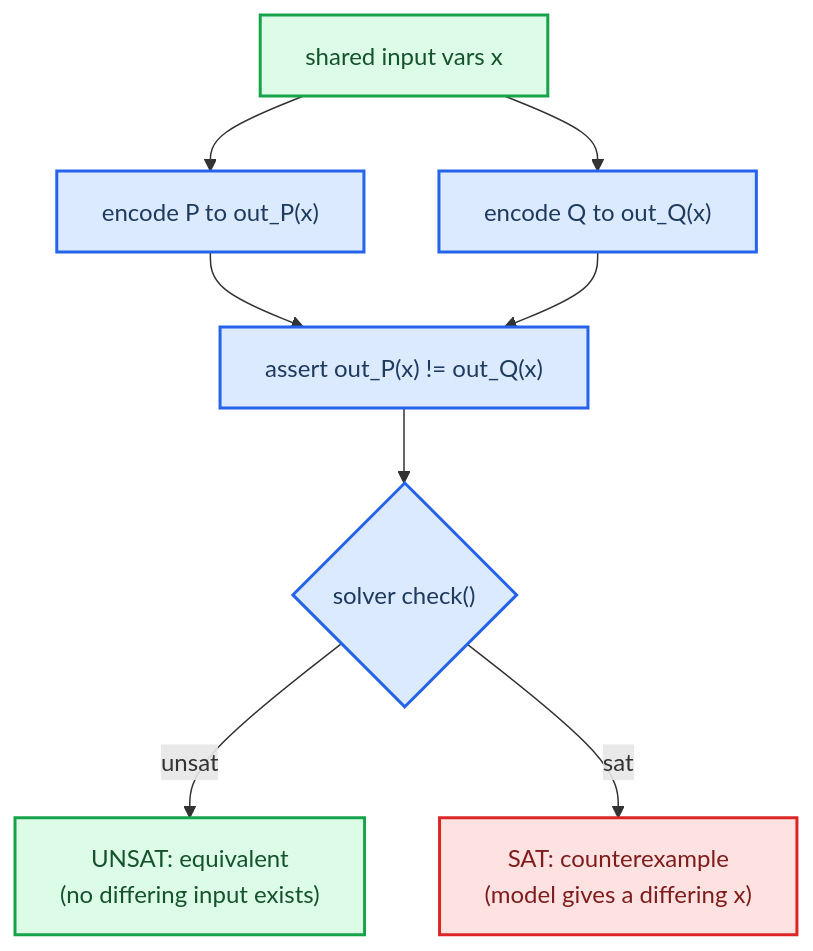
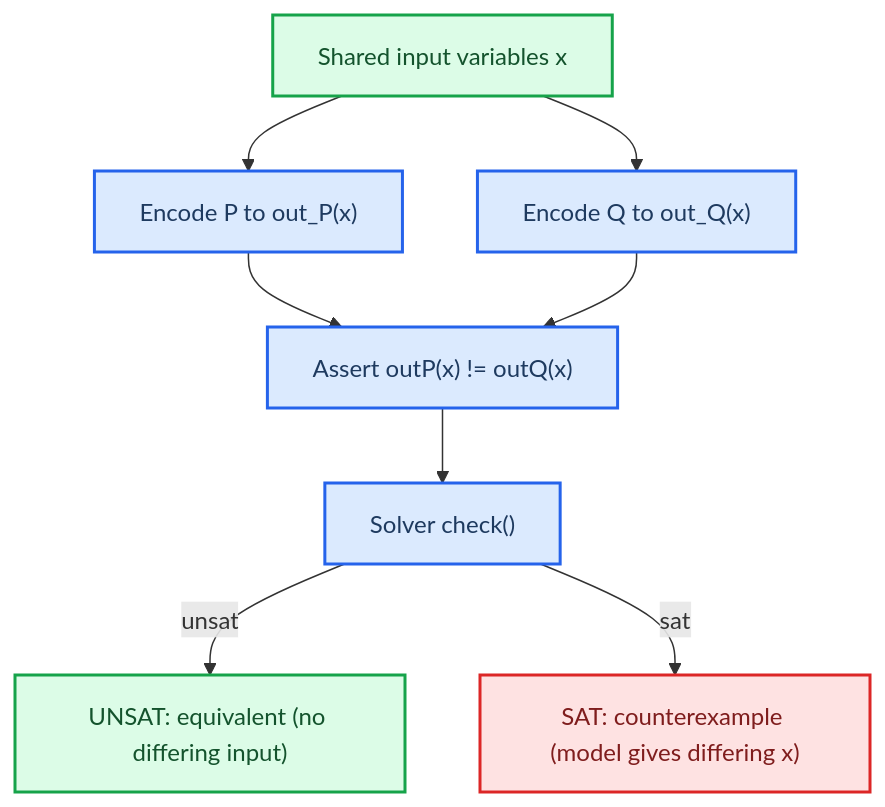
The diagram in docs/notes/theory/02-equivalence-via-unsat.md (smiles0527/superopt), drawn with Mermaid before and after one commit. The commit also changed other lines of this file and 7 other files, not shown here.

````diff
--- a/docs/notes/theory/02-equivalence-via-unsat.md
+++ b/docs/notes/theory/02-equivalence-via-unsat.md
@@ -39,27 +22,29 @@
 ```mermaid
 flowchart TD
     accTitle: Equivalence checking as a single satisfiability query
     accDescr: Both programs are encoded over shared input variables, and the solver is asked whether any input makes the outputs differ. UNSAT proves equivalence, SAT yields a counterexample.
-    inp["shared input vars x"]
-    pe["encode P to out_P(x)"]
-    qe["encode Q to out_Q(x)"]
-    diff["assert out_P(x) != out_Q(x)"]
-    check{"solver check()"}
-    eq["UNSAT: equivalent<br/>(no differing input exists)"]
-    ce["SAT: counterexample<br/>(model gives a differing x)"]
+    inp["Shared input variables x"]
+    pe["Encode P to out_P(x)"]
+    qe["Encode Q to out_Q(x)"]
+    diff["Assert outP(x) != outQ(x)"]
+    check["Solver check()"]
+    eq["UNSAT: equivalent (no differing input)"]
+    ce["SAT: counterexample (model gives differing x)"]
 
-    inp --> pe --> diff
-    inp --> qe --> diff
+    inp --> pe
+    inp --> qe
+    pe --> diff
+    qe --> diff
     diff --> check
     check -->|unsat| eq
     check -->|sat| ce
 
     classDef io fill:#dcfce7,stroke:#16a34a,stroke-width:2px,color:#14532d
     classDef step fill:#dbeafe,stroke:#2563eb,stroke-width:2px,color:#1e3a5f
     classDef good fill:#dcfce7,stroke:#16a34a,stroke-width:2px,color:#14532d
     classDef bad fill:#fee2e2,stroke:#dc2626,stroke-width:2px,color:#7f1d1d
     class inp io
     class pe,qe,diff,check step
     class eq good
     class ce bad
 ```
````
